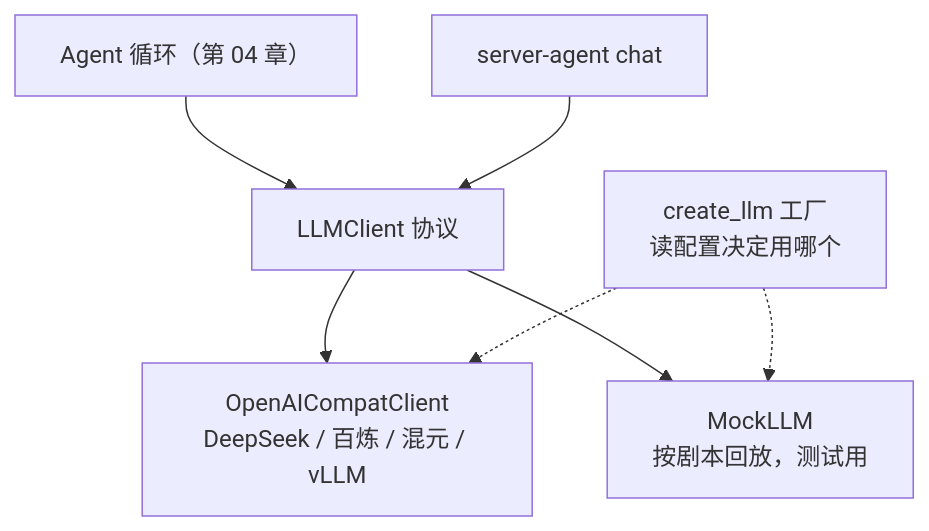
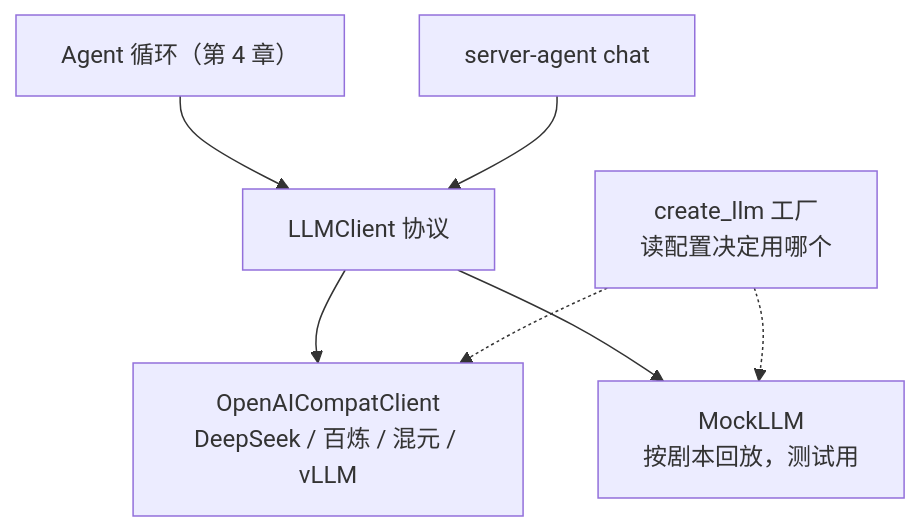
One commit to evaevable/server-agent changed the second of 3 diagrams in docs/chapters/02-llm-layer.md. Above: the diagram before and after it, drawn with Mermaid. The commit also changed other lines of this file and 48 other files, not shown here.

````diff
--- a/docs/chapters/02-llm-layer.md
+++ b/docs/chapters/02-llm-layer.md
@@ -176,9 +176,9 @@
 ```mermaid
 flowchart TB
-    AG["Agent 循环（第 04 章）"] --> P["LLMClient 协议"]
+    AG["Agent 循环（第 4 章）"] --> P["LLMClient 协议"]
     CLI["server-agent chat"] --> P
     P --> OC["OpenAICompatClient<br/>DeepSeek / 百炼 / 混元 / vLLM"]
     P --> MK["MockLLM<br/>按剧本回放，测试用"]
     F["create_llm 工厂<br/>读配置决定用哪个"] -.-> OC
     F -.-> MK
 ```
````
